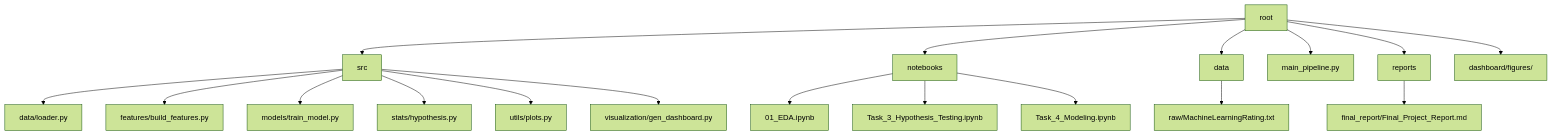
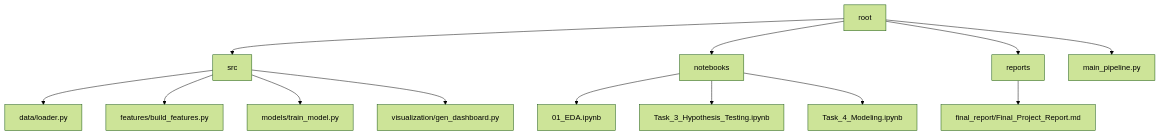
One commit to Miftah-Ebrahim/Insurance-claims-Intelligence changed the diagram in README.md. Above: the diagram before and after it, drawn with Mermaid (forest theme). The commit also changed other lines of this file and 2 other files, not shown here.

Commit message:
docs: finalized project with executed notebooks and creative readme

````diff
--- a/README.md
+++ b/README.md
@@ -74,20 +77,15 @@
 ```mermaid
 graph TD;
-    A[root] --> B[src];
-    B --> B1[data/loader.py];
-    B --> B2[features/build_features.py];
-    B --> B3[models/train_model.py];
-    B --> B4[stats/hypothesis.py];
-    B --> B5[utils/plots.py];
-    B --> B6[visualization/gen_dashboard.py];
-    A --> C[notebooks];
-    C --> C1[01_EDA.ipynb];
-    C --> C2[Task_3_Hypothesis_Testing.ipynb];
-    C --> C3[Task_4_Modeling.ipynb];
-    A --> D[data];
-    D --> D1[raw/MachineLearningRating.txt];
-    A --> E[main_pipeline.py];
-    A --> F[reports];
-    F --> F1[final_report/Final_Project_Report.md];
-    A --> G[dashboard/figures/];
+    A[root] --> B[src]
+    B --> B1[data/loader.py]
+    B --> B2[features/build_features.py]
+    B --> B3[models/train_model.py]
+    B --> B5[visualization/gen_dashboard.py]
+    A --> C[notebooks]
+    C --> C1[01_EDA.ipynb]
+    C --> C2[Task_3_Hypothesis_Testing.ipynb]
+    C --> C3[Task_4_Modeling.ipynb]
+    A --> D[reports]
+    D --> D1[final_report/Final_Project_Report.md]
+    A --> E[main_pipeline.py]
 ```
````
